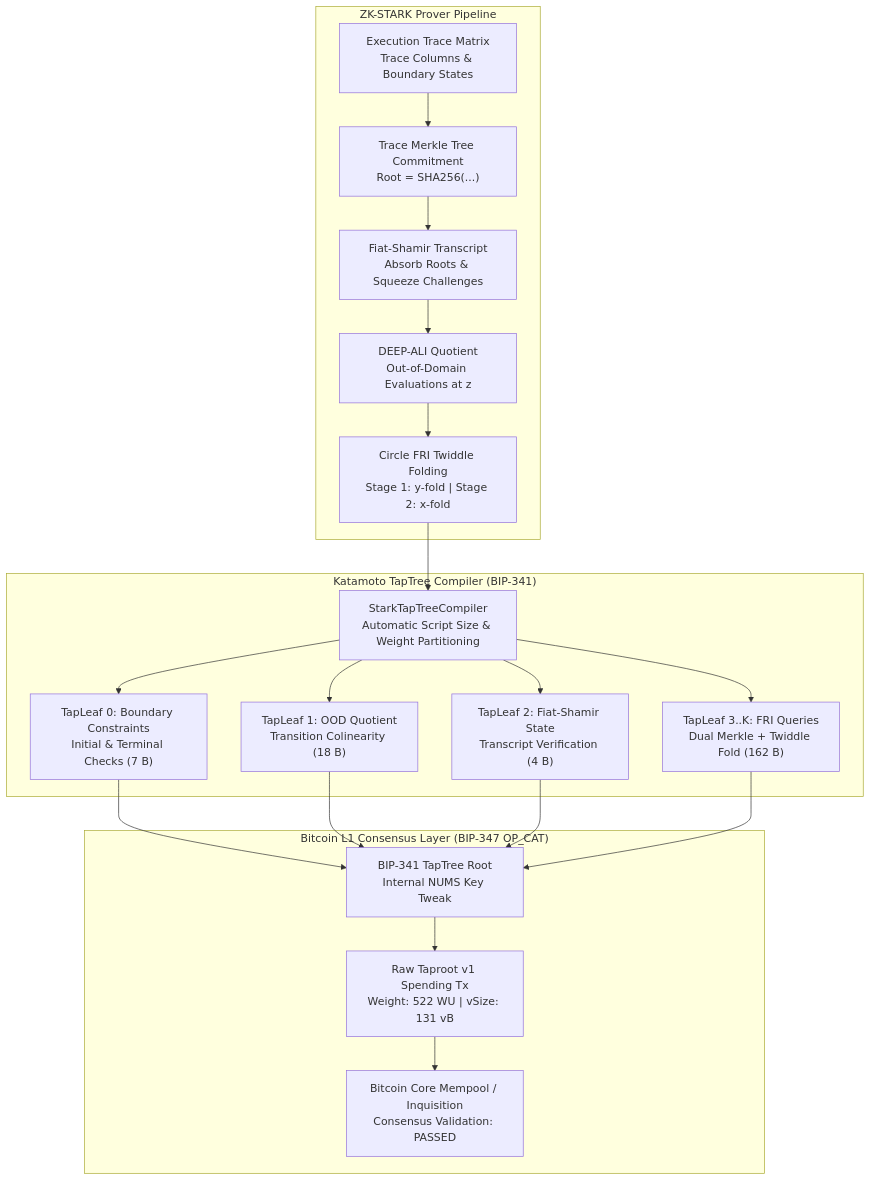
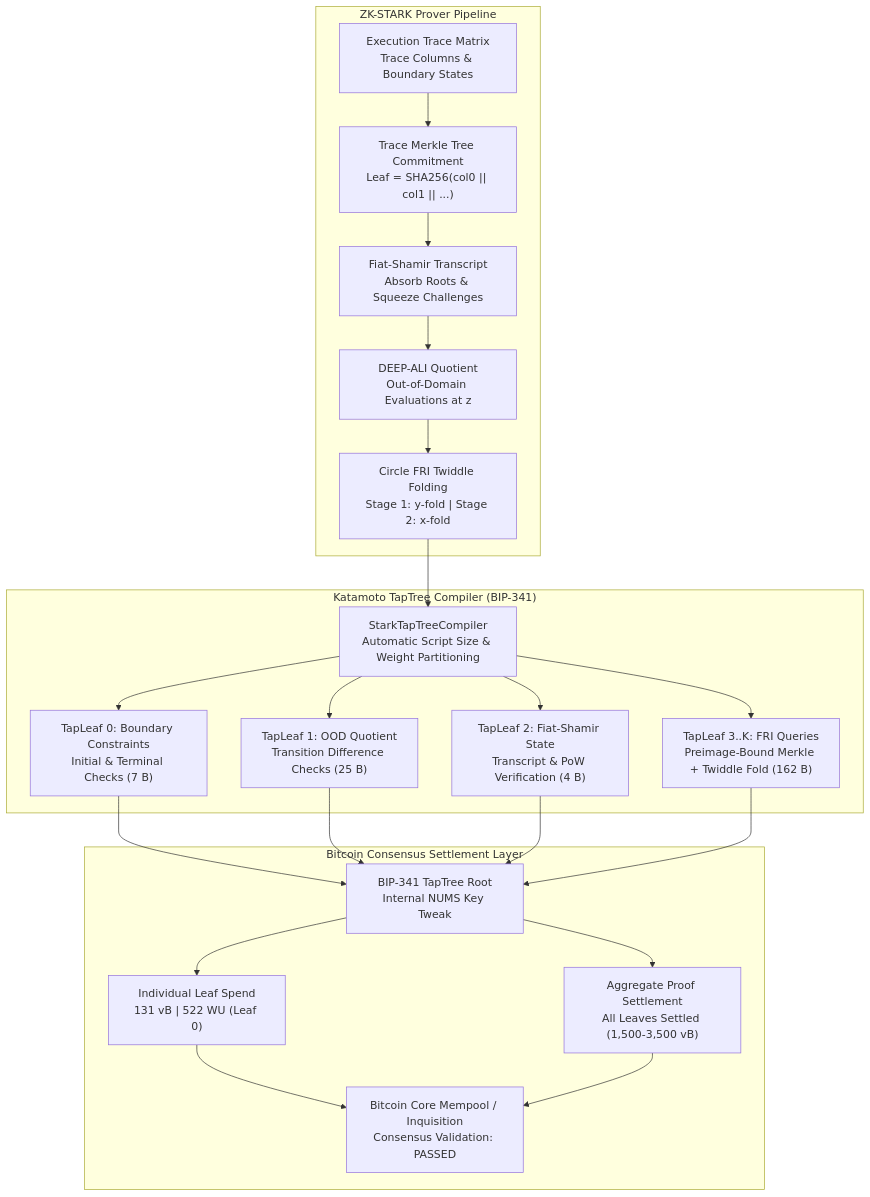
Before and after one commit to AlphaSparrow/katamoto: the diagram in README.md, drawn with Mermaid. The commit also changed other lines of this file, not shown here.

First line of the commit message:
docs: update README with honest settlement accounting, derived FRI soundness, and consensus compliance

````diff
--- a/README.md
+++ b/README.md
@@ -51,26 +52,28 @@
 ```mermaid
 flowchart TD
     subgraph Prover["ZK-STARK Prover Pipeline"]
-        Trace["Execution Trace Matrix\nTrace Columns & Boundary States"] --> Commit["Trace Merkle Tree Commitment\nRoot = SHA256(...)"]
+        Trace["Execution Trace Matrix\nTrace Columns & Boundary States"] --> Commit["Trace Merkle Tree Commitment\nLeaf = SHA256(col0 || col1 || ...)"]
         Commit --> Transcript["Fiat-Shamir Transcript\nAbsorb Roots & Squeeze Challenges"]
         Transcript --> OOD["DEEP-ALI Quotient\nOut-of-Domain Evaluations at z"]
         OOD --> FRI["Circle FRI Twiddle Folding\nStage 1: y-fold | Stage 2: x-fold"]
     end
 
     subgraph Compiler["Katamoto TapTree Compiler (BIP-341)"]
         FRI --> Partitioner["StarkTapTreeCompiler\nAutomatic Script Size & Weight Partitioning"]
         Partitioner --> L0["TapLeaf 0: Boundary Constraints\nInitial & Terminal Checks (7 B)"]
-        Partitioner --> L1["TapLeaf 1: OOD Quotient\nTransition Colinearity (18 B)"]
-        Partitioner --> L2["TapLeaf 2: Fiat-Shamir State\nTranscript Verification (4 B)"]
-        Partitioner --> L3["TapLeaf 3..K: FRI Queries\nDual Merkle + Twiddle Fold (162 B)"]
+        Partitioner --> L1["TapLeaf 1: OOD Quotient\nTransition Difference Checks (25 B)"]
+        Partitioner --> L2["TapLeaf 2: Fiat-Shamir State\nTranscript & PoW Verification (4 B)"]
+        Partitioner --> L3["TapLeaf 3..K: FRI Queries\nPreimage-Bound Merkle + Twiddle Fold (162 B)"]
     end
 
-    subgraph Bitcoin["Bitcoin L1 Consensus Layer (BIP-347 OP_CAT)"]
+    subgraph Bitcoin["Bitcoin Consensus Settlement Layer"]
         L0 --> TapTree["BIP-341 TapTree Root\nInternal NUMS Key Tweak"]
         L1 --> TapTree
         L2 --> TapTree
         L3 --> TapTree
-        TapTree --> Tx["Raw Taproot v1 Spending Tx\nWeight: 522 WU | vSize: 131 vB"]
-        Tx --> Mempool["Bitcoin Core Mempool / Inquisition\nConsensus Validation: PASSED"]
+        TapTree --> TxSingle["Individual Leaf Spend\n131 vB | 522 WU (Leaf 0)"]
+        TapTree --> TxMulti["Aggregate Proof Settlement\nAll Leaves Settled (1,500-3,500 vB)"]
+        TxSingle --> Mempool["Bitcoin Core Mempool / Inquisition\nConsensus Validation: PASSED"]
+        TxMulti --> Mempool
     end
 ```
````
